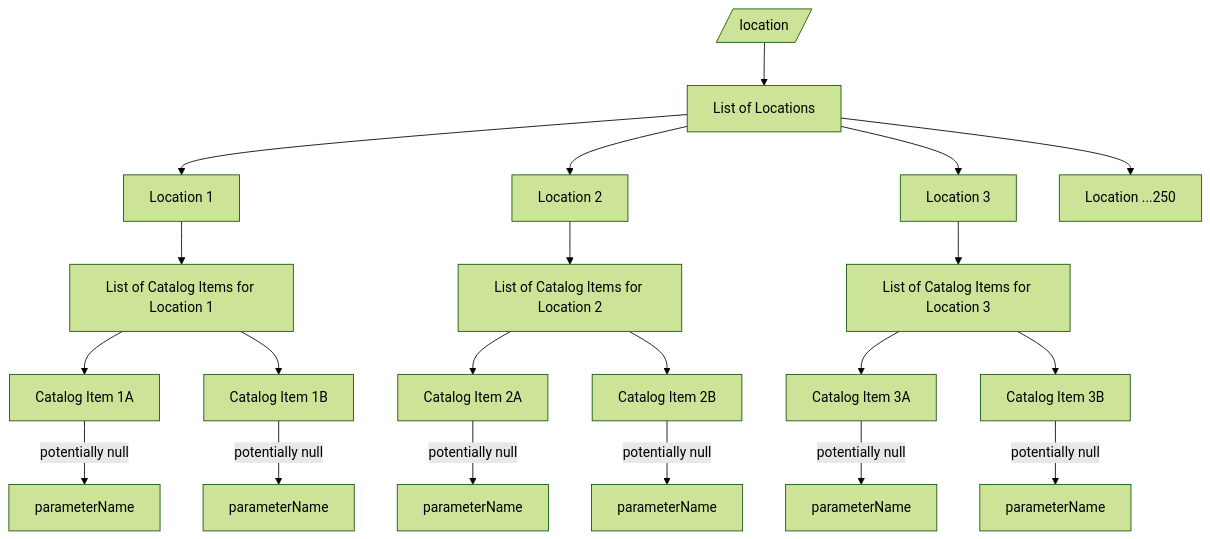
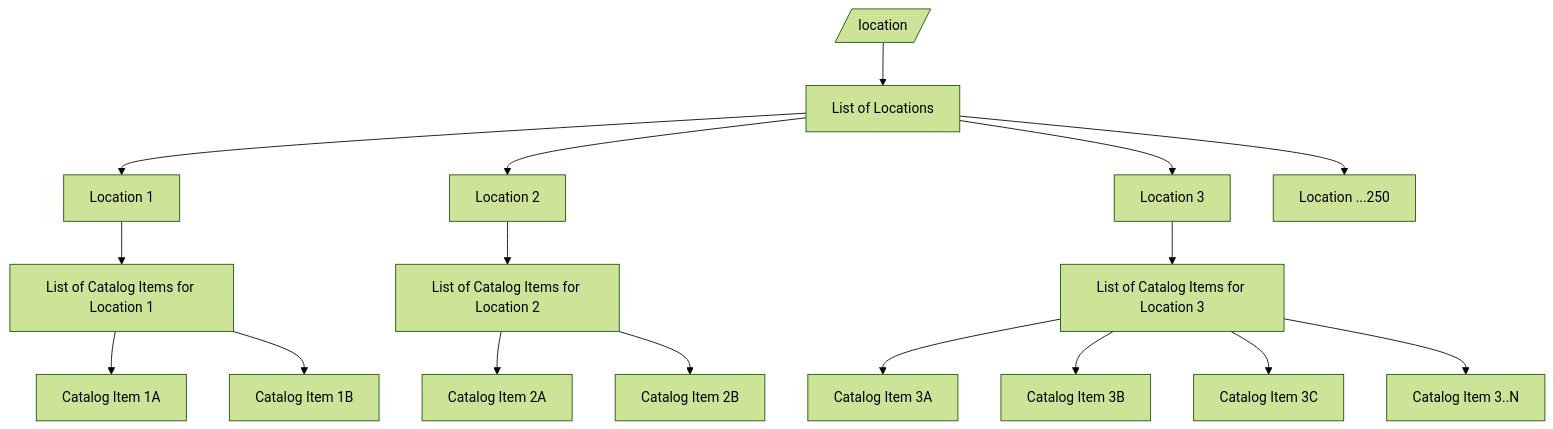
One commit to C-Loftus/pygeoapi changed the diagram in notes/EDR_mappings.md. Above: the diagram before and after it, drawn with Mermaid (forest theme). The commit also changed other lines of this file and 6 other files, not shown here.

````diff
--- a/notes/EDR_mappings.md
+++ b/notes/EDR_mappings.md
@@ -21,23 +23,20 @@
 ```mermaid
 graph TD;
     A[/location/] --> B[List of Locations];
     B --> C[Location 1];
     B --> D[Location 2];
     B --> E[Location 3];
     B --> Z[Location ...250];
     C --> F[List of Catalog Items for Location 1];
     D --> G[List of Catalog Items for Location 2];
     E --> H[List of Catalog Items for Location 3];
     F --> I[Catalog Item 1A];
     F --> J[Catalog Item 1B];
     G --> K[Catalog Item 2A];
     G --> L[Catalog Item 2B];
     H --> M[Catalog Item 3A];
     H --> N[Catalog Item 3B];
-    I -->|potentially null| O[parameterName];
-    J -->|potentially null| P[parameterName];
-    K -->|potentially null| Q[parameterName];
-    L -->|potentially null| R[parameterName];
-    M -->|potentially null| S[parameterName];
-    N -->|potentially null| T[parameterName];
+    H --> O[Catalog Item 3C];
+    H --> W[Catalog Item 3..N];
+
 ```
````
